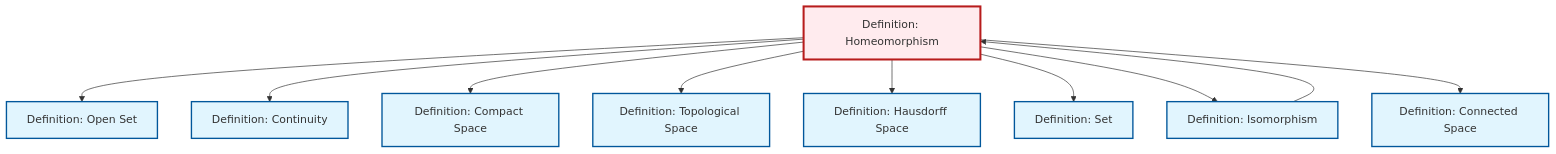
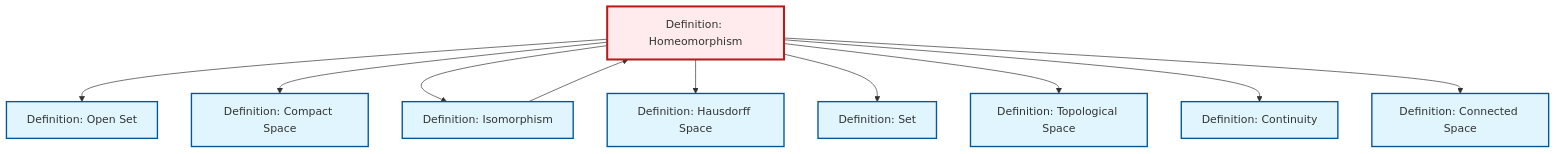
One commit to RK0429/ModernMath changed the diagram in content/ja/topology/def-homeomorphism.qmd. Above: the diagram before and after it, drawn with Mermaid. The commit also changed other lines of this file and 615 other files, not shown here.

````diff
--- a/content/ja/topology/def-homeomorphism.qmd
+++ b/content/ja/topology/def-homeomorphism.qmd
@@ -100,36 +100,36 @@
 ```{mermaid}
 %%| fig-cap: "Local dependency graph"
 graph TD
     classDef definition fill:#e1f5fe,stroke:#01579b,stroke-width:2px
     classDef theorem fill:#f3e5f5,stroke:#4a148c,stroke-width:2px
     classDef axiom fill:#fff3e0,stroke:#e65100,stroke-width:2px
     classDef example fill:#e8f5e9,stroke:#1b5e20,stroke-width:2px
     classDef current fill:#ffebee,stroke:#b71c1c,stroke-width:3px
+    def-hausdorff["Definition: Hausdorff Space"]:::definition
+    def-set["Definition: Set"]:::definition
     def-open-set["Definition: Open Set"]:::definition
     def-continuity["Definition: Continuity"]:::definition
+    def-compact["Definition: Compact Space"]:::definition
+    def-connected["Definition: Connected Space"]:::definition
     def-homeomorphism["Definition: Homeomorphism"]:::definition
+    def-topological-space["Definition: Topological Space"]:::definition
     def-isomorphism["Definition: Isomorphism"]:::definition
-    def-set["Definition: Set"]:::definition
-    def-connected["Definition: Connected Space"]:::definition
-    def-topological-space["Definition: Topological Space"]:::definition
-    def-hausdorff["Definition: Hausdorff Space"]:::definition
-    def-compact["Definition: Compact Space"]:::definition
     def-homeomorphism --> def-open-set
-    def-homeomorphism --> def-continuity
     def-homeomorphism --> def-compact
-    def-homeomorphism --> def-topological-space
+    def-homeomorphism --> def-isomorphism
     def-homeomorphism --> def-hausdorff
     def-homeomorphism --> def-set
-    def-homeomorphism --> def-isomorphism
     def-isomorphism --> def-homeomorphism
+    def-homeomorphism --> def-topological-space
+    def-homeomorphism --> def-continuity
     def-homeomorphism --> def-connected
     class def-homeomorphism current
+    click def-hausdorff "def-hausdorff.html" "Definition: Hausdorff Spaceへ"
+    click def-set "def-set.html" "Definition: Setへ"
     click def-open-set "def-open-set.html" "Definition: Open Setへ"
     click def-continuity "def-continuity.html" "Definition: Continuityへ"
-    click def-isomorphism "def-isomorphism.html" "Definition: Isomorphismへ"
-    click def-set "def-set.html" "Definition: Setへ"
+    click def-compact "def-compact.html" "Definition: Compact Spaceへ"
     click def-connected "def-connected.html" "Definition: Connected Spaceへ"
     click def-topological-space "def-topological-space.html" "Definition: Topological Spaceへ"
-    click def-hausdorff "def-hausdorff.html" "Definition: Hausdorff Spaceへ"
-    click def-compact "def-compact.html" "Definition: Compact Spaceへ"
+    click def-isomorphism "def-isomorphism.html" "Definition: Isomorphismへ"
 ```
````
